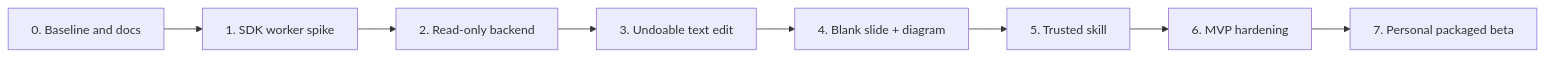
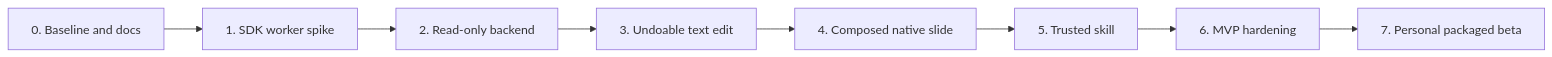
Before and after one commit to RYUKOU-OKUMURA/genoffice-cursor: the diagram in docs/cursor/IMPLEMENTATION_PLAN.md, drawn with Mermaid. The commit also changed other lines of this file and 10 other files, not shown here.

````diff
--- a/docs/cursor/IMPLEMENTATION_PLAN.md
+++ b/docs/cursor/IMPLEMENTATION_PLAN.md
@@ -14,10 +14,10 @@
 ```mermaid
 flowchart LR
     P0["0. Baseline and docs"] --> P1["1. SDK worker spike"]
     P1 --> P2["2. Read-only backend"]
     P2 --> P3["3. Undoable text edit"]
-    P3 --> P4["4. Blank slide + diagram"]
+    P3 --> P4["4. Composed native slide"]
     P4 --> P5["5. Trusted skill"]
     P5 --> P6["6. MVP hardening"]
     P6 --> P7["7. Personal packaged beta"]
 ```
````
